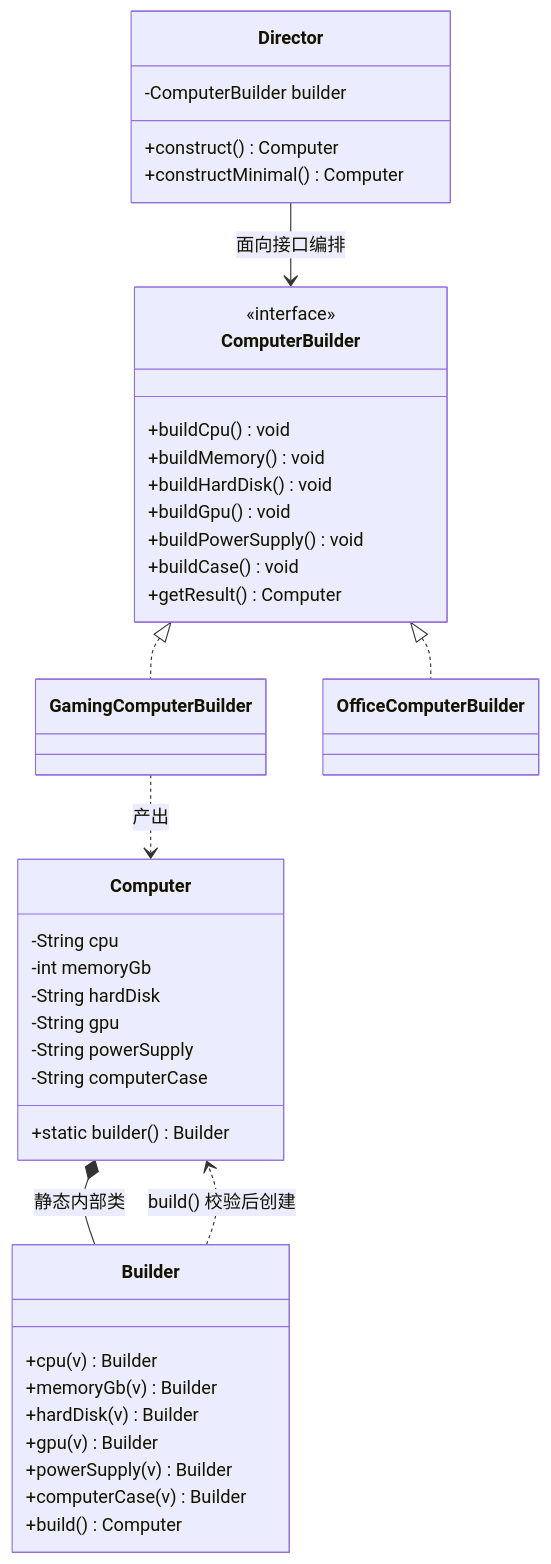
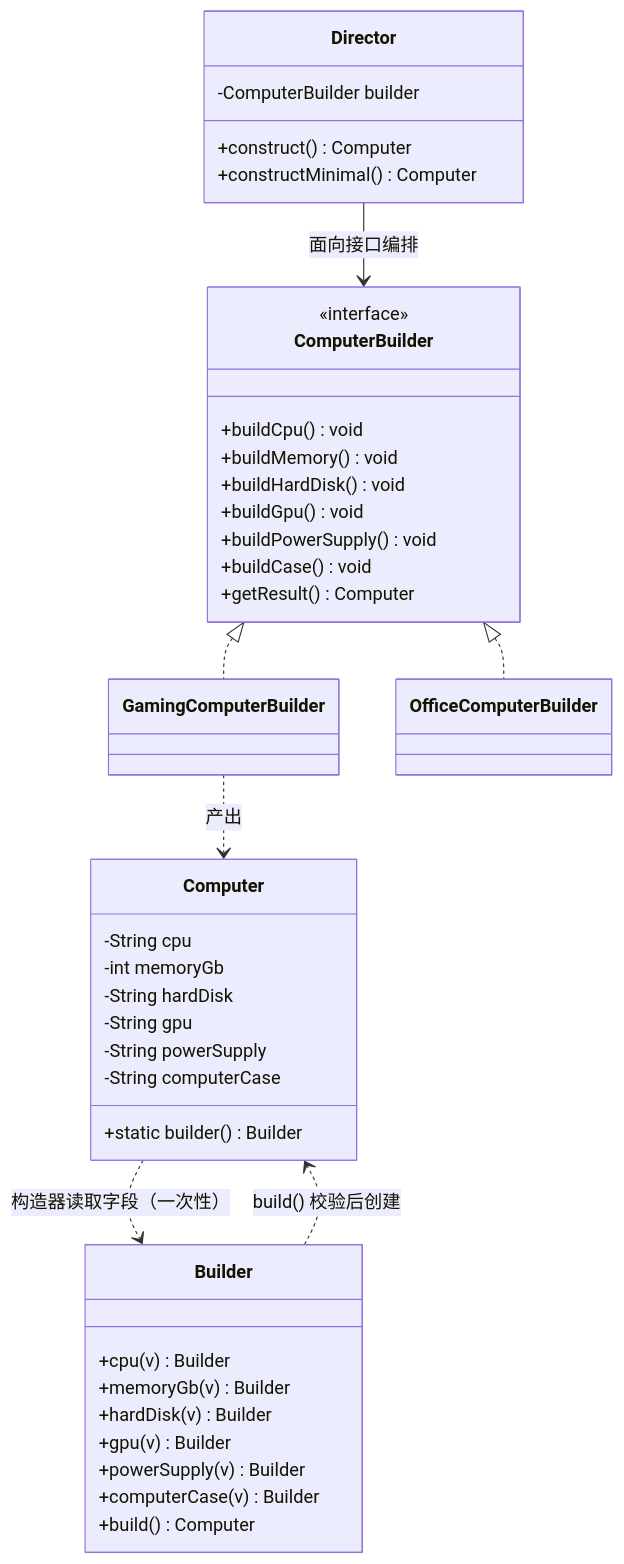
Before and after one commit to hglgh/design_patterns_pro: the fourth of 27 diagrams in docs/10-uml-atlas.md, drawn with Mermaid. The commit also changed other lines of this file and 16 other files, not shown here.

````diff
--- a/docs/10-uml-atlas.md
+++ b/docs/10-uml-atlas.md
@@ -185,44 +203,44 @@
 ```mermaid
 classDiagram
     class Computer {
         -String cpu
         -int memoryGb
         -String hardDisk
         -String gpu
         -String powerSupply
         -String computerCase
         +static builder() Builder
     }
     class Builder {
         +cpu(v) Builder
         +memoryGb(v) Builder
         +hardDisk(v) Builder
         +gpu(v) Builder
         +powerSupply(v) Builder
         +computerCase(v) Builder
         +build() Computer
     }
     class ComputerBuilder {
         <<interface>>
         +buildCpu() void
         +buildMemory() void
         +buildHardDisk() void
         +buildGpu() void
         +buildPowerSupply() void
         +buildCase() void
         +getResult() Computer
     }
     class GamingComputerBuilder
     class OfficeComputerBuilder
     class Director {
         -ComputerBuilder builder
         +construct() Computer
         +constructMinimal() Computer
     }
-    Computer *-- Builder : 静态内部类
+    Computer ..> Builder : 构造器读取字段（一次性）
     Builder ..> Computer : build() 校验后创建
     ComputerBuilder <|.. GamingComputerBuilder
     ComputerBuilder <|.. OfficeComputerBuilder
     Director --> ComputerBuilder : 面向接口编排
     GamingComputerBuilder ..> Computer : 产出
 ```
````
